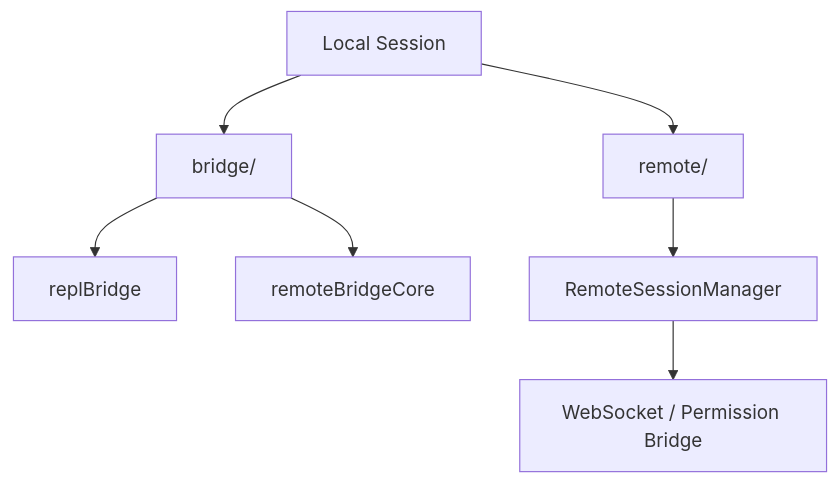
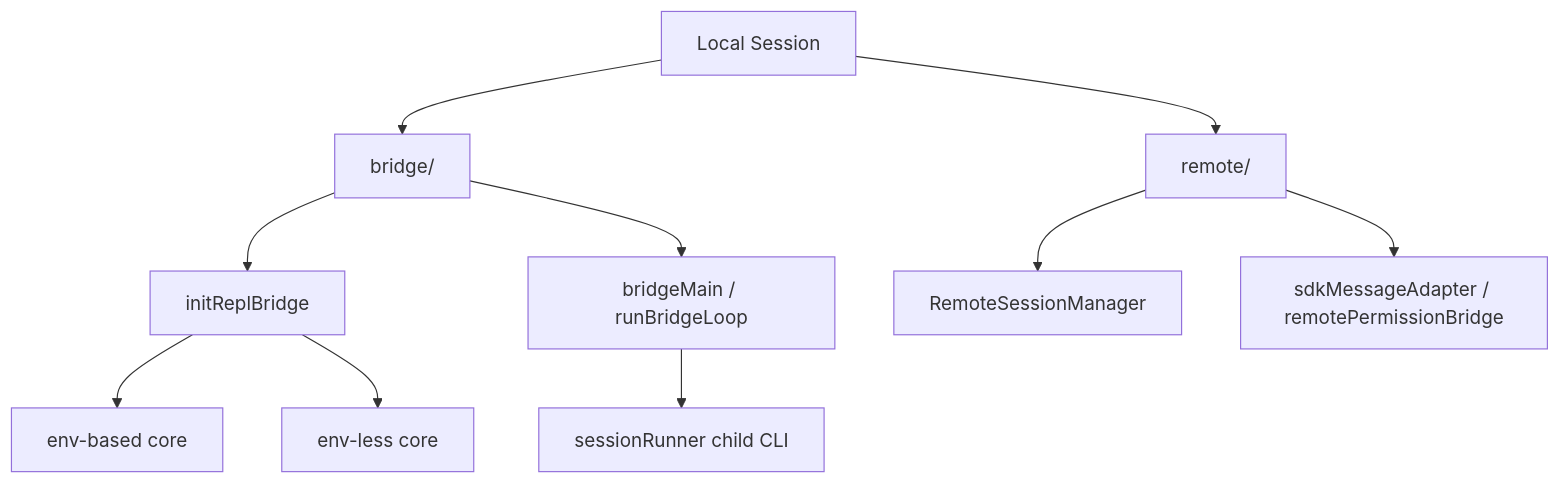
Before and after one commit to Boulea7/ClaudeCode-Source-DeepDive: the diagram in MODULES/07-remote-session-bridge-and-sdk/SIMPLE/README.md, drawn with Mermaid. The commit also changed other lines of this file and 13 other files, not shown here.

Commit message:
docs: polish architecture and remaining source-backed wording

````diff
--- a/MODULES/07-remote-session-bridge-and-sdk/SIMPLE/README.md
+++ b/MODULES/07-remote-session-bridge-and-sdk/SIMPLE/README.md
@@ -5,9 +5,12 @@
 ```mermaid
 flowchart TD
     A[Local Session] --> B[remote/]
     A --> C[bridge/]
-    C --> D[replBridge]
-    C --> E[remoteBridgeCore]
-    B --> F[RemoteSessionManager]
-    F --> G[WebSocket / Permission Bridge]
+    C --> D[initReplBridge]
+    D --> E[env-based core]
+    D --> F[env-less core]
+    C --> G[bridgeMain / runBridgeLoop]
+    G --> H[sessionRunner child CLI]
+    B --> I[RemoteSessionManager]
+    B --> J[sdkMessageAdapter / remotePermissionBridge]
 ```
````
